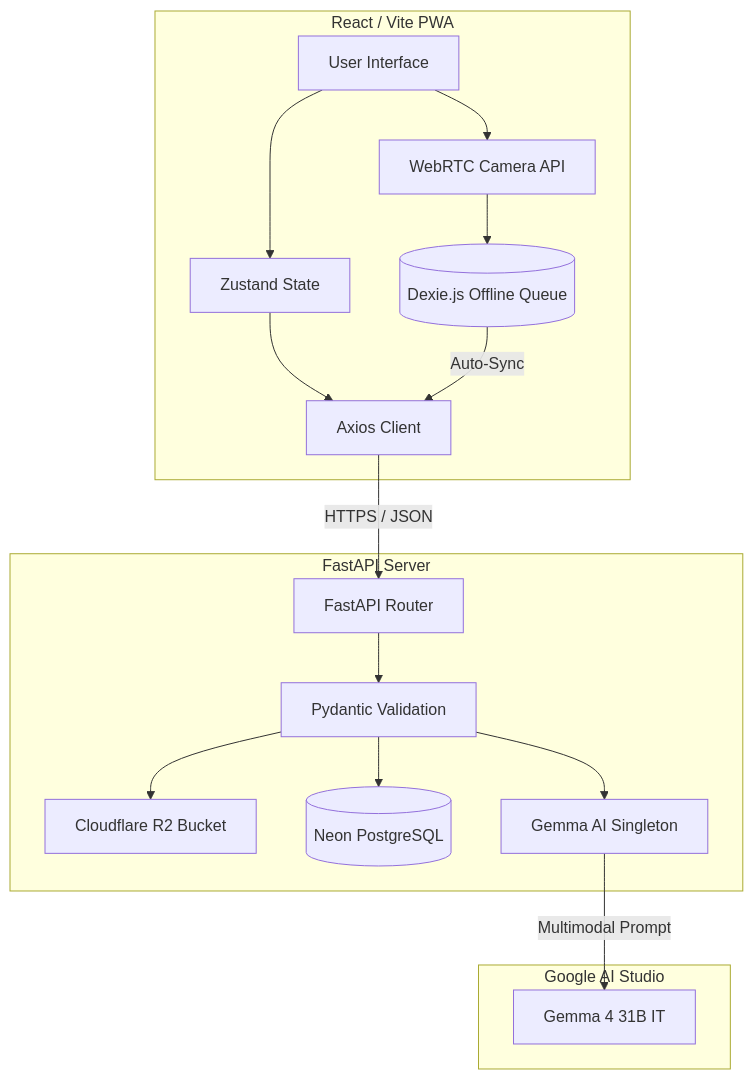
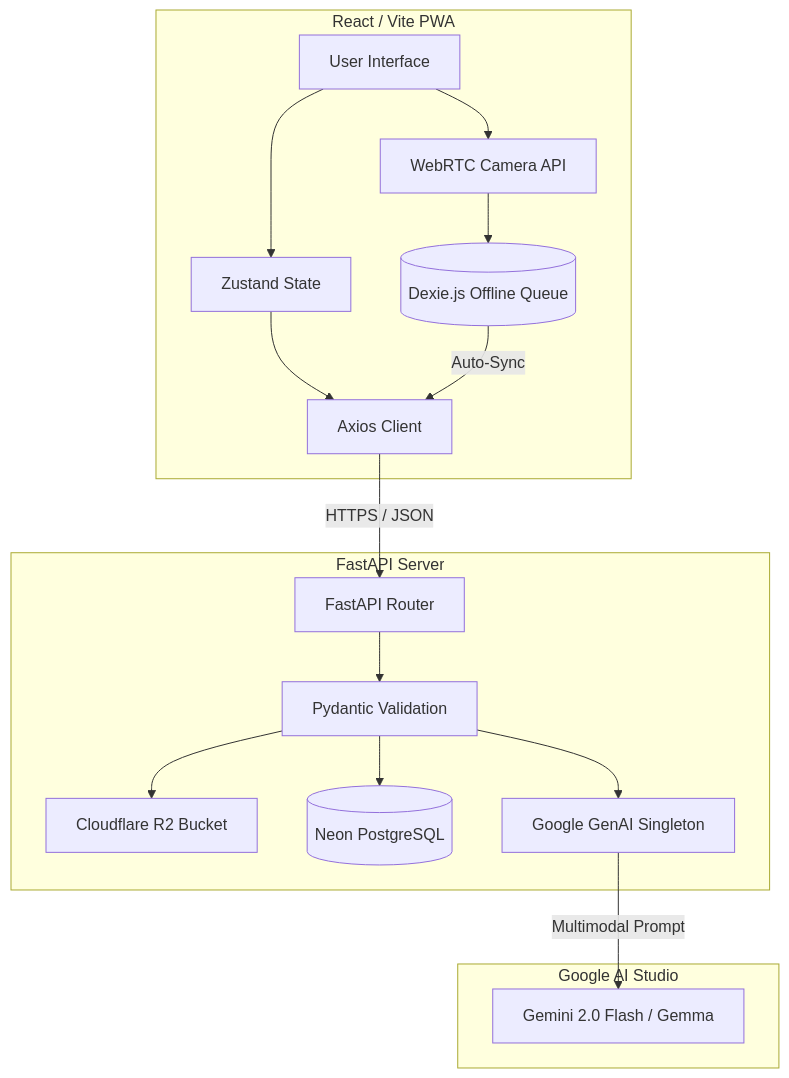
The diagram in README.md (Ibadat-Ali86/carevision), drawn with Mermaid before and after one commit. The commit also changed other lines of this file and 3 other files, not shown here.

````diff
--- a/README.md
+++ b/README.md
@@ -42,22 +43,22 @@
 ```mermaid
 graph TD
     subgraph Frontend [React / Vite PWA]
         UI[User Interface] --> Store[Zustand State]
         Store --> API[Axios Client]
         UI --> Camera[WebRTC Camera API]
         Camera --> IndexedDB[(Dexie.js Offline Queue)]
         IndexedDB -->|Auto-Sync| API
     end
 
     subgraph Backend [FastAPI Server]
         API -->|HTTPS / JSON| Router[FastAPI Router]
         Router --> Pydantic[Pydantic Validation]
         Pydantic --> Storage[Cloudflare R2 Bucket]
         Pydantic --> DB[(Neon PostgreSQL)]
-        Pydantic --> GemmaClient[Gemma AI Singleton]
+        Pydantic --> GemmaClient[Google GenAI Singleton]
     end
 
     subgraph AI Pipeline [Google AI Studio]
-        GemmaClient -->|Multimodal Prompt| Gemma[Gemma 4 31B IT]
+        GemmaClient -->|Multimodal Prompt| GenAI[Gemini 2.0 Flash / Gemma]
     end
 ```
````
